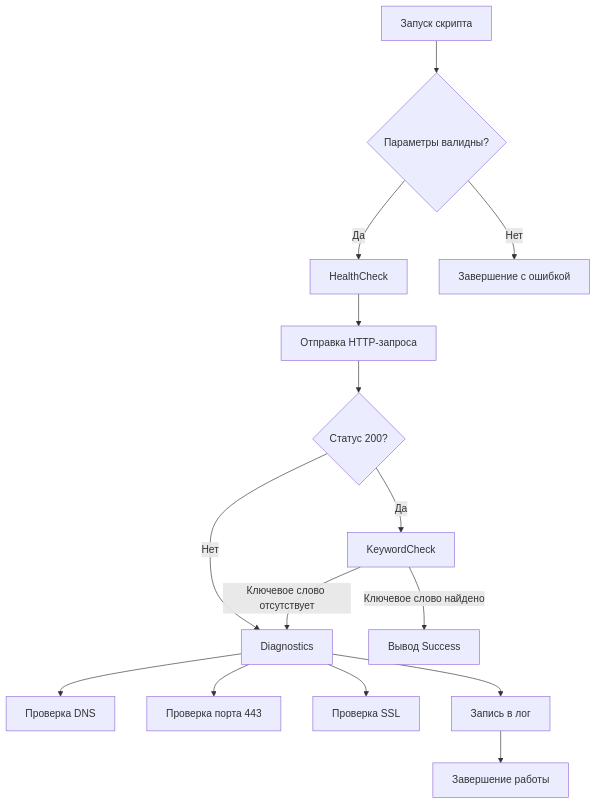
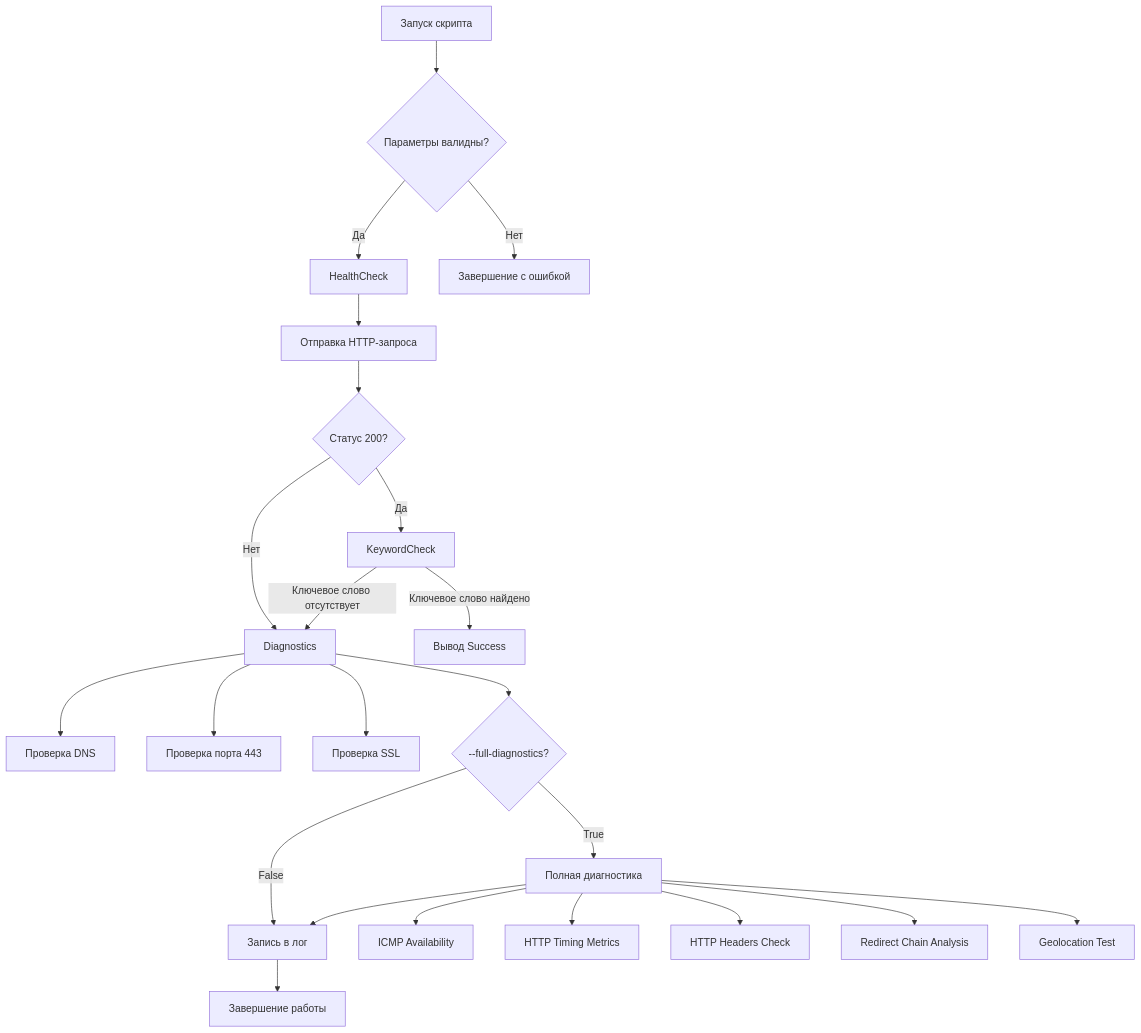
Before and after one commit to DeveloperDarkhan/servicehealth: the diagram in README.md, drawn with Mermaid. The commit also changed other lines of this file, not shown here.

Commit message:
Added fulldiagnostic mode

````diff
--- a/README.md
+++ b/README.md
@@ -103,17 +109,29 @@
 ```mermaid
 graph TD;
     Start[Запуск скрипта] --> ParamCheck{Параметры валидны?};
     ParamCheck -->|Да| HealthCheck;
     ParamCheck -->|Нет| Error[Завершение с ошибкой];
     HealthCheck --> HTTPReq[Отправка HTTP-запроса];
     HTTPReq --> StatusCheck{Статус 200?};
     StatusCheck -->|Да| KeywordCheck;
     StatusCheck -->|Нет| Diagnostics;
     KeywordCheck -->|Ключевое слово найдено| SuccessOutput[Вывод Success];
     KeywordCheck -->|Ключевое слово отсутствует| Diagnostics;
+    
     Diagnostics --> DNS[Проверка DNS];
     Diagnostics --> Port[Проверка порта 443];
     Diagnostics --> SSL[Проверка SSL];
-    Diagnostics --> Log[Запись в лог];
+    Diagnostics --> CheckFullDiag{--full-diagnostics?};
+    
+    CheckFullDiag -->|True| FullDiagnostics[Полная диагностика];
+    CheckFullDiag -->|False| Log[Запись в лог];
+    
+    FullDiagnostics --> Ping[ICMP Availability];
+    FullDiagnostics --> HTTPTiming[HTTP Timing Metrics];
+    FullDiagnostics --> Headers[HTTP Headers Check];
+    FullDiagnostics --> Redirects[Redirect Chain Analysis];
+    FullDiagnostics --> Geolocation[Geolocation Test];
+    FullDiagnostics --> Log;
+    
     Log --> Exit[Завершение работы];
 ```
````
